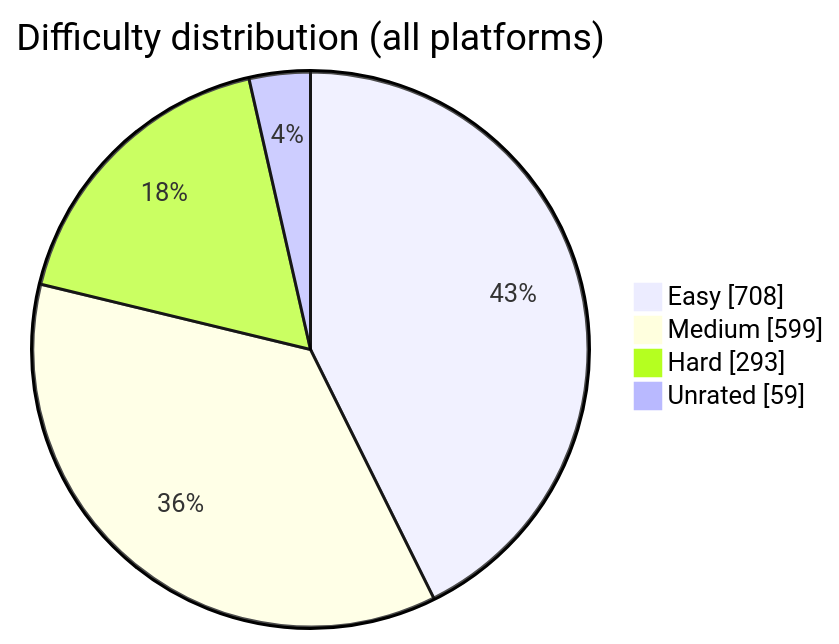
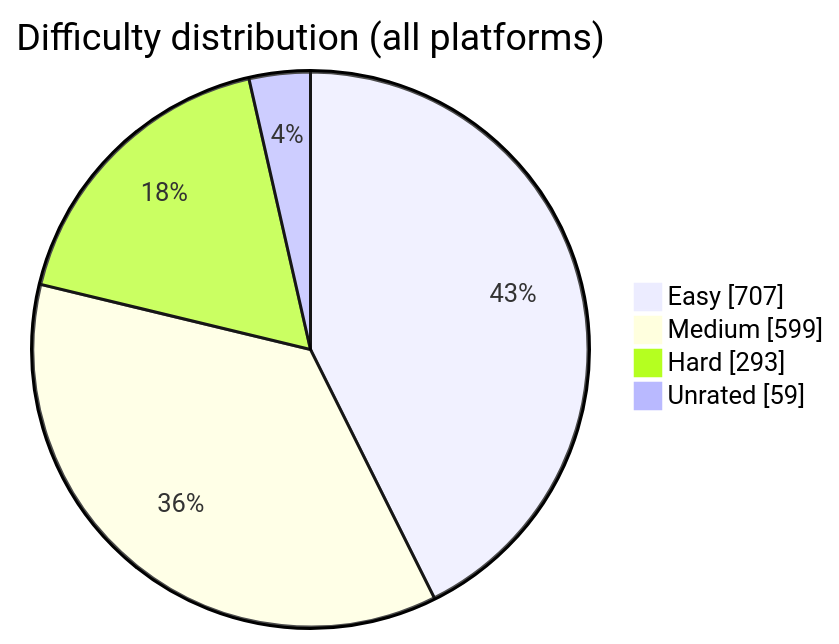
One commit to BuildbyArindam/Daily-Coding-Log changed the diagram in README.md. Above: the diagram before and after it, drawn with Mermaid. The commit also changed other lines of this file, not shown here.

````diff
--- a/README.md
+++ b/README.md
@@ -93,7 +93,7 @@
 ```mermaid
 pie showData title Difficulty distribution (all platforms)
-    "Easy" : 708
+    "Easy" : 707
     "Medium" : 599
     "Hard" : 293
     "Unrated" : 59
 ```
````
